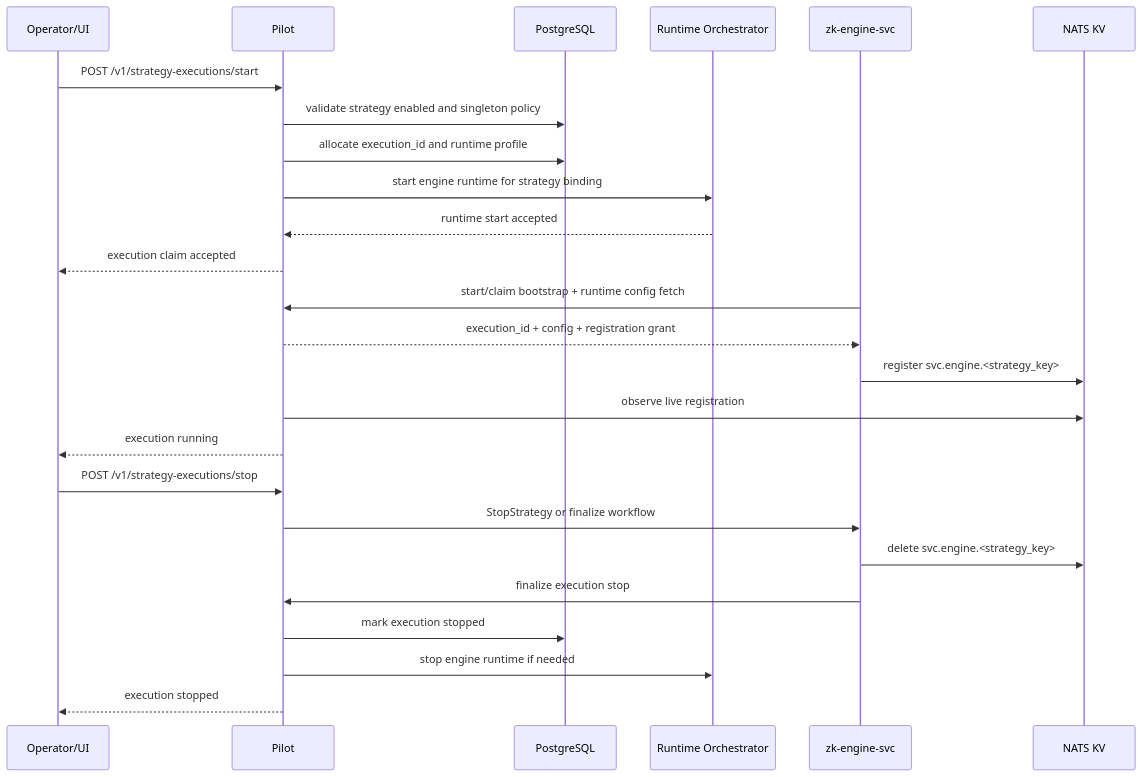
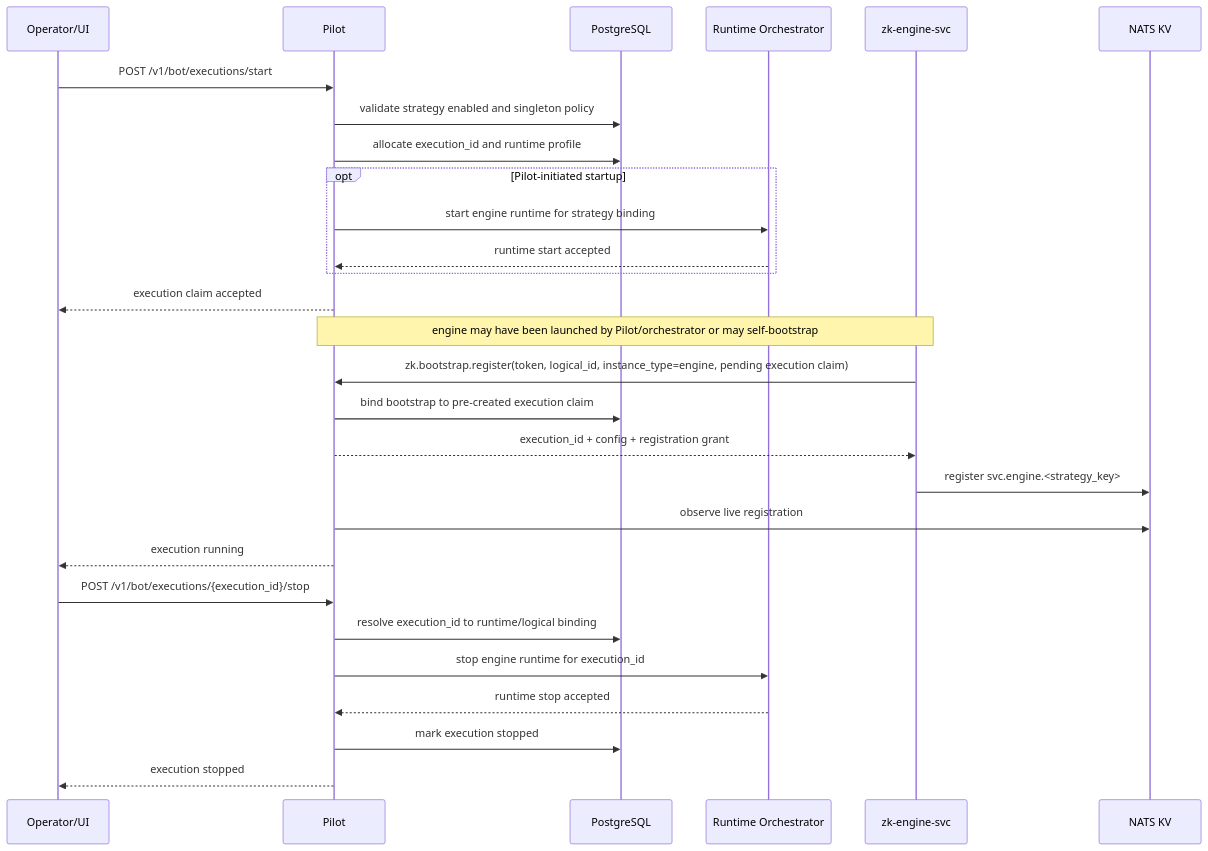
Before and after one commit to soyvv/zkbot: the fifth of 6 diagrams in docs/system-arch/services/pilot_service.md, drawn with Mermaid. The commit also changed other lines of this file and 10 other files, not shown here.

````diff
--- a/docs/system-arch/services/pilot_service.md
+++ b/docs/system-arch/services/pilot_service.md
@@ -607,30 +1327,33 @@
 ```mermaid
 sequenceDiagram
     participant U as Operator/UI
     participant P as Pilot
     participant DB as PostgreSQL
     participant R as Runtime Orchestrator
     participant E as zk-engine-svc
     participant KV as NATS KV
 
-    U->>P: POST /v1/strategy-executions/start
+    U->>P: POST /v1/bot/executions/start
     P->>DB: validate strategy enabled and singleton policy
     P->>DB: allocate execution_id and runtime profile
-    P->>R: start engine runtime for strategy binding
-    R-->>P: runtime start accepted
+    opt Pilot-initiated startup
+        P->>R: start engine runtime for strategy binding
+        R-->>P: runtime start accepted
+    end
     P-->>U: execution claim accepted
 
-    E->>P: start/claim bootstrap + runtime config fetch
+    Note over E,P: engine may have been launched by Pilot/orchestrator or may self-bootstrap
+    E->>P: zk.bootstrap.register(token, logical_id, instance_type=engine, pending execution claim)
+    P->>DB: bind bootstrap to pre-created execution claim
     P-->>E: execution_id + config + registration grant
     E->>KV: register svc.engine.<strategy_key>
     P->>KV: observe live registration
     P-->>U: execution running
 
-    U->>P: POST /v1/strategy-executions/stop
-    P->>E: StopStrategy or finalize workflow
-    E->>KV: delete svc.engine.<strategy_key>
-    E->>P: finalize execution stop
+    U->>P: POST /v1/bot/executions/{execution_id}/stop
+    P->>DB: resolve execution_id to runtime/logical binding
+    P->>R: stop engine runtime for execution_id
+    R-->>P: runtime stop accepted
     P->>DB: mark execution stopped
-    P->>R: stop engine runtime if needed
     P-->>U: execution stopped
 ```
````
